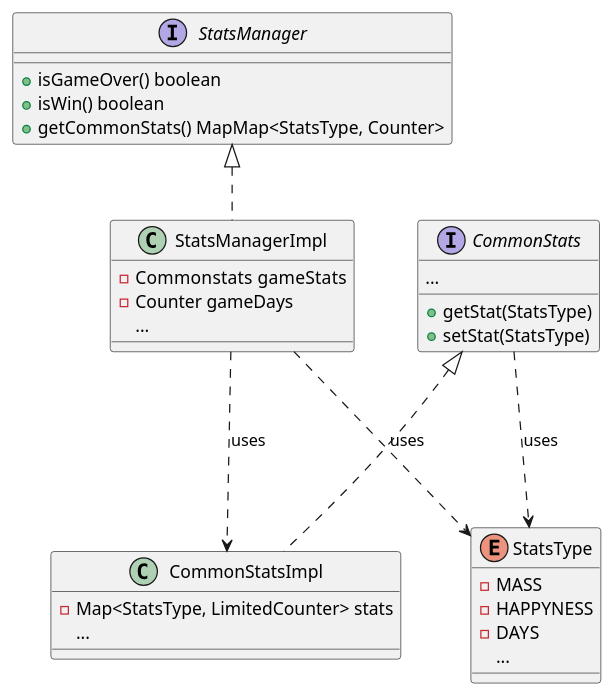
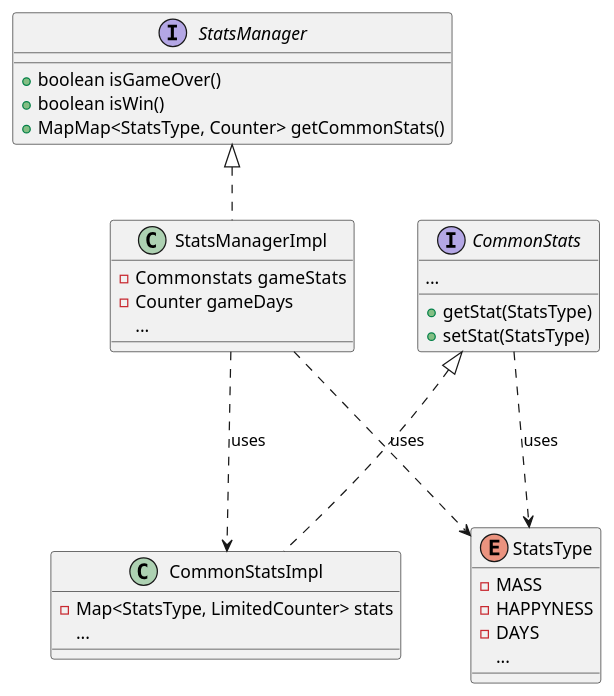
Before and after one commit to Lucaaa31/OOP23-gym-life: the diagram in src/main/java/StatsCostants.puml, drawn with PlantUML. The commit also changed 1 other file, not shown here.

Commit message:
updated uml

```diff
--- a/src/main/java/StatsCostants.puml
+++ b/src/main/java/StatsCostants.puml
@@ -1,35 +1,35 @@
 @startuml
 StatsManagerImpl  ...> CommonStatsImpl : uses
 StatsManagerImpl  ...> StatsType : uses
 CommonStats ...> StatsType : uses
 
 interface StatsManager {
-    + isGameOver() boolean
-    + isWin() boolean
-    + getCommonStats() MapMap<StatsType, Counter>
+    + boolean isGameOver()
+    + boolean isWin()
+    + MapMap<StatsType, Counter> getCommonStats()
 }
 
 interface CommonStats {
     + getStat(StatsType)
     + setStat(StatsType)
     ...
 }
 
 class StatsManagerImpl implements StatsManager {
     - Commonstats  gameStats
     - Counter gameDays
     ...
 }
 
 class CommonStatsImpl implements CommonStats {
     - Map<StatsType, LimitedCounter> stats
     ...
 }
 
 enum StatsType {
     - MASS
     - HAPPYNESS
     - DAYS
     ...
 }
 @enduml
```
